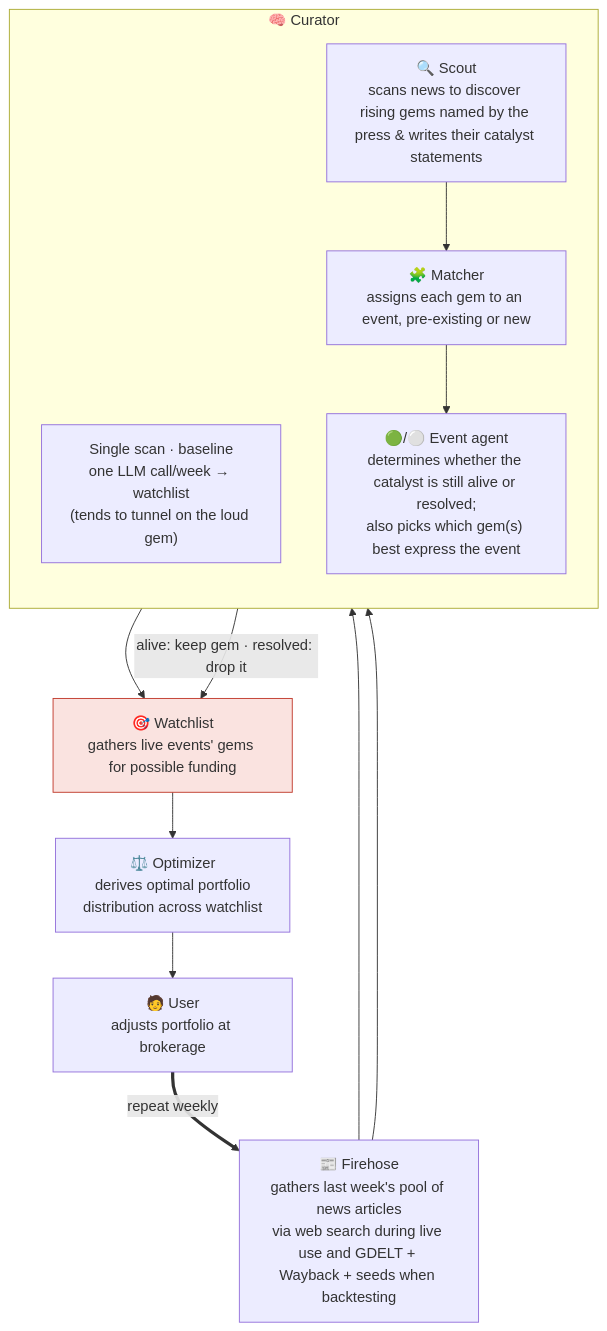
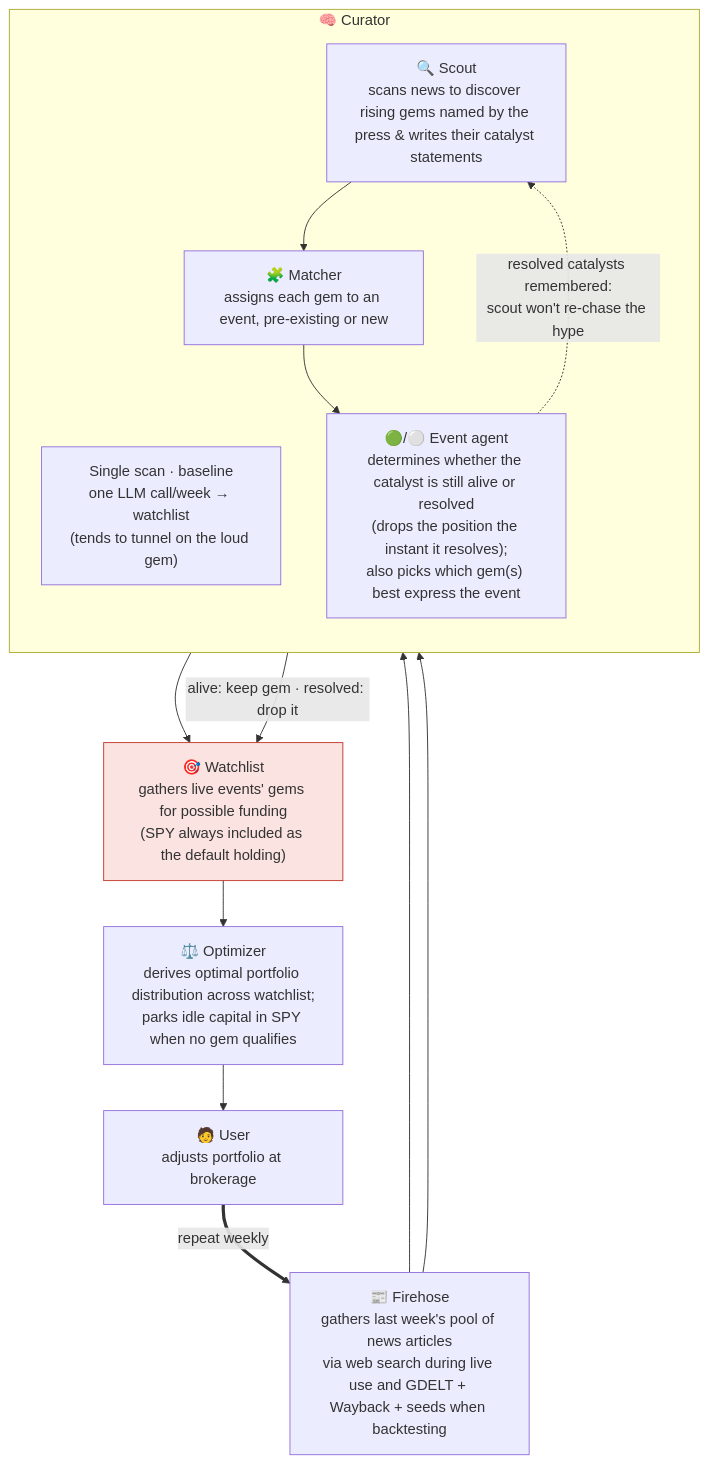
One commit to joehahn/geo-herd-rider changed the diagram in README.md. Above: the diagram before and after it, drawn with Mermaid. The commit also changed other lines of this file, not shown here.

Commit message:
README + diagram: document scout resolved-catalyst guard, hard-exit-on-resolved, SPY-in-watchlist, position cap, sonnet5; correct bake-off (capability>cost, selectivity is the edge)

````diff
--- a/README.md
+++ b/README.md
@@ -18,27 +18,28 @@
 ```mermaid
 flowchart TD
     S["📰 Firehose<br/>gathers last week's pool of news articles<br/>via web search during live use and GDELT + Wayback + seeds when backtesting"]
 
     subgraph CUR["🧠 Curator"]
       direction TB
       SS["Single scan · baseline<br/>one LLM call/week → watchlist<br/>(tends to tunnel on the loud gem)"]
       SC["🔍 Scout<br/>scans news to discover rising gems named by the press & writes their catalyst statements"]
       MA["🧩 Matcher<br/>assigns each gem to an event, pre-existing or new"]
-      AG["🟢/⚪ Event agent<br/>determines whether the catalyst is still alive or resolved;<br/>also picks which gem(s) best express the event"]
+      AG["🟢/⚪ Event agent<br/>determines whether the catalyst is still alive or resolved<br/>(drops the position the instant it resolves);<br/>also picks which gem(s) best express the event"]
       SC --> MA --> AG
     end
 
-    E["🎯 Watchlist<br/>gathers live events' gems for possible funding"]
-    W["⚖️ Optimizer<br/>derives optimal portfolio<br/>distribution across watchlist"]
+    E["🎯 Watchlist<br/>gathers live events' gems for possible funding<br/>(SPY always included as the default holding)"]
+    W["⚖️ Optimizer<br/>derives optimal portfolio distribution across watchlist;<br/>parks idle capital in SPY when no gem qualifies"]
     U["🧑 User<br/>adjusts portfolio at brokerage"]
 
     S --> SS
     S --> SC
     SS --> E
     AG -- "alive: keep gem · resolved: drop it" --> E
+    AG -. "resolved catalysts remembered:<br/>scout won't re-chase the hype" .-> SC
     E --> W --> U
     U == "repeat weekly" ==> S
 
     classDef bet fill:#fae3e0,stroke:#c0392b;
     class E bet
 ```
````
